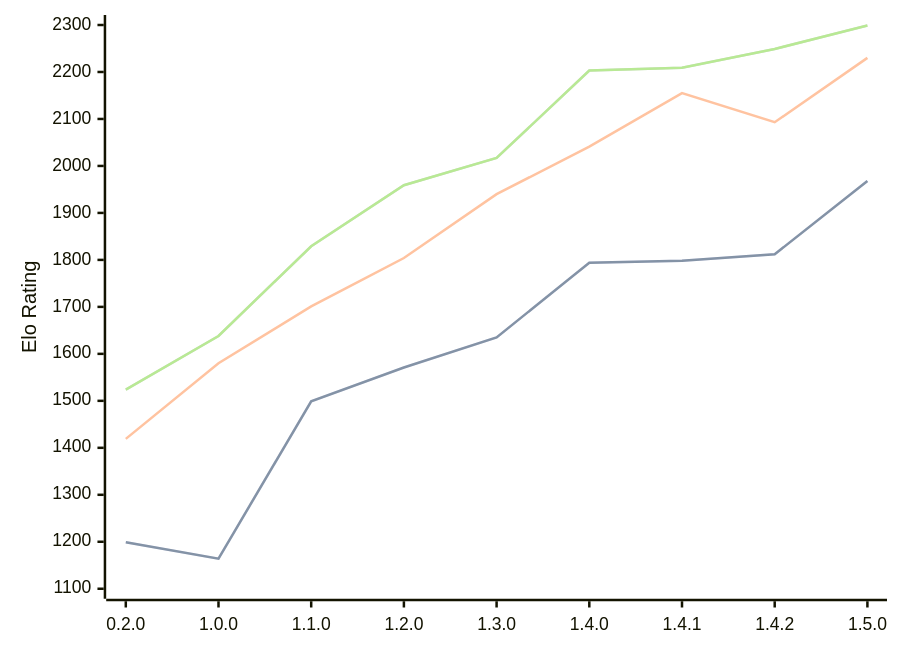
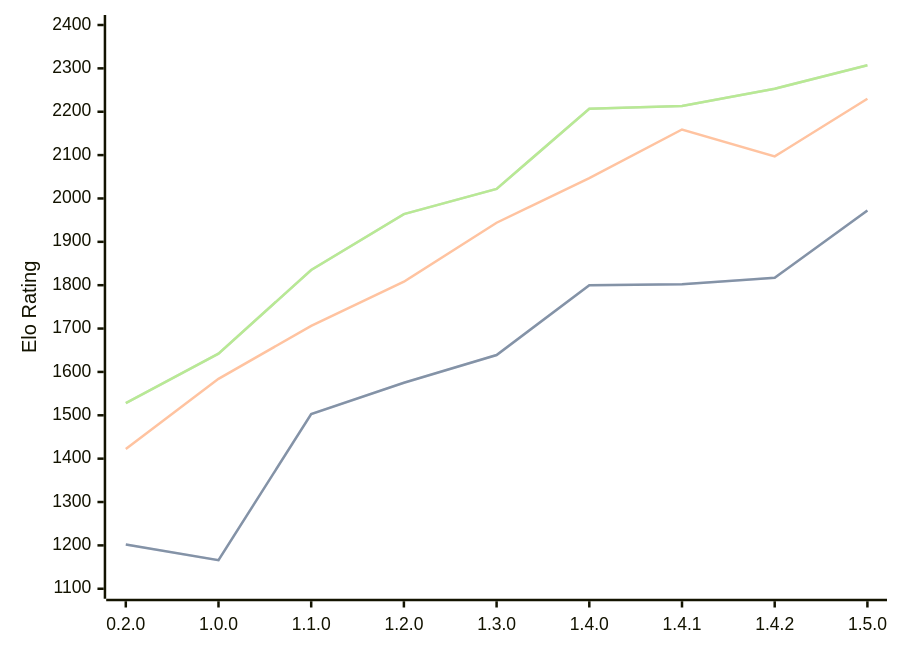
Before and after one commit to computer-chess-index/cci: the diagram in engines/Zeppelin.md, drawn with Mermaid. The commit also changed other lines of this file, not shown here.

Commit message:
Update CCI Ratings (ELO VLTC) - 2026-04-18

````diff
--- a/engines/Zeppelin.md
+++ b/engines/Zeppelin.md
@@ -41,11 +41,11 @@
 ```mermaid
 %%{init: {"theme":"base","themeVariables":{"seriesColors:['#a3a3a3','#222221','#faa371']}}}%%
 xychart-beta
   x-axis ["0.2.0", "1.0.0", "1.1.0", "1.2.0", "1.3.0", "1.4.0", "1.4.1", "1.4.2", "1.5.0"]
-  y-axis "Elo Rating" 1100 --> 2300
-  line "STC (8.0+0.08s)" [1199, 1164, 1499, 1571, 1635, 1794, 1798, 1812, 1968]
-  line "STC (8.0+0.08s)" [1199, 1164, 1499, 1571, 1635, 1794, 1798, 1812, 1968]
-  line "LTC (60.0+0.60s)" [1419, 1580, 1701, 1804, 1940, 2041, 2155, 2093, 2230]
-  line "VLTC (2m24s+1.12s)" [1524, 1638, 1829, 1959, 2017, 2203, 2209, 2249, 2299]
-  line "VLTC (2m24s+1.12s)" [1524, 1638, 1829, 1959, 2017, 2203, 2209, 2249, 2299]
+  y-axis "Elo Rating" 1100 --> 2400
+  line "STC (8.0+0.08s)" [1202, 1166, 1503, 1575, 1639, 1800, 1802, 1817, 1972]
+  line "STC (8.0+0.08s)" [1202, 1166, 1503, 1575, 1639, 1800, 1802, 1817, 1972]
+  line "LTC (60.0+0.60s)" [1422, 1584, 1706, 1808, 1944, 2047, 2159, 2097, 2230]
+  line "VLTC (2m24s+1.12s)" [1528, 1642, 1835, 1964, 2022, 2207, 2213, 2253, 2307]
+  line "VLTC (2m24s+1.12s)" [1528, 1642, 1835, 1964, 2022, 2207, 2213, 2253, 2307]
 ```
````
